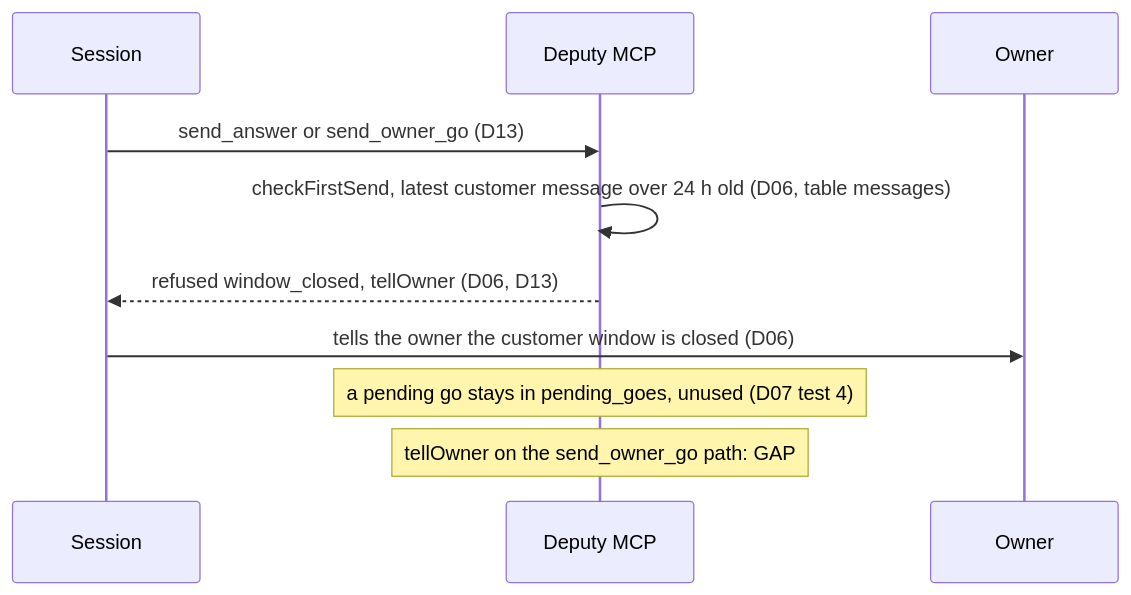
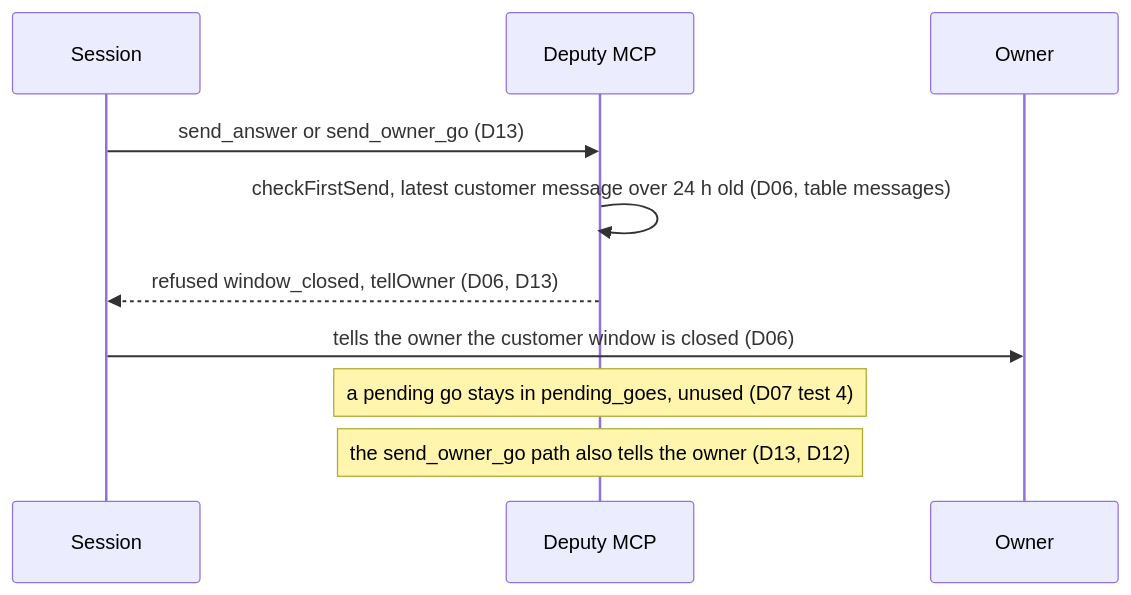
The seventh of 15 diagrams in docs/tp-detail/TP-pilot-end-to-end.md (antonygiomarxdev/deputy), drawn with Mermaid before and after one commit. The commit also changed other lines of this file, not shown here.

Commit message:
docs: drop the GAP marks that merged specs closed

````diff
--- a/docs/tp-detail/TP-pilot-end-to-end.md
+++ b/docs/tp-detail/TP-pilot-end-to-end.md
@@ -188,12 +188,12 @@
 ```mermaid
 sequenceDiagram
   participant S as Session
   participant M as Deputy MCP
   participant O as Owner
   S->>M: send_answer or send_owner_go (D13)
   M->>M: checkFirstSend, latest customer message over 24 h old (D06, table messages)
   M-->>S: refused window_closed, tellOwner (D06, D13)
   S->>O: tells the owner the customer window is closed (D06)
   Note over M: a pending go stays in pending_goes, unused (D07 test 4)
-  Note over M: tellOwner on the send_owner_go path: GAP
+  Note over M: the send_owner_go path also tells the owner (D13, D12)
 ```
````
